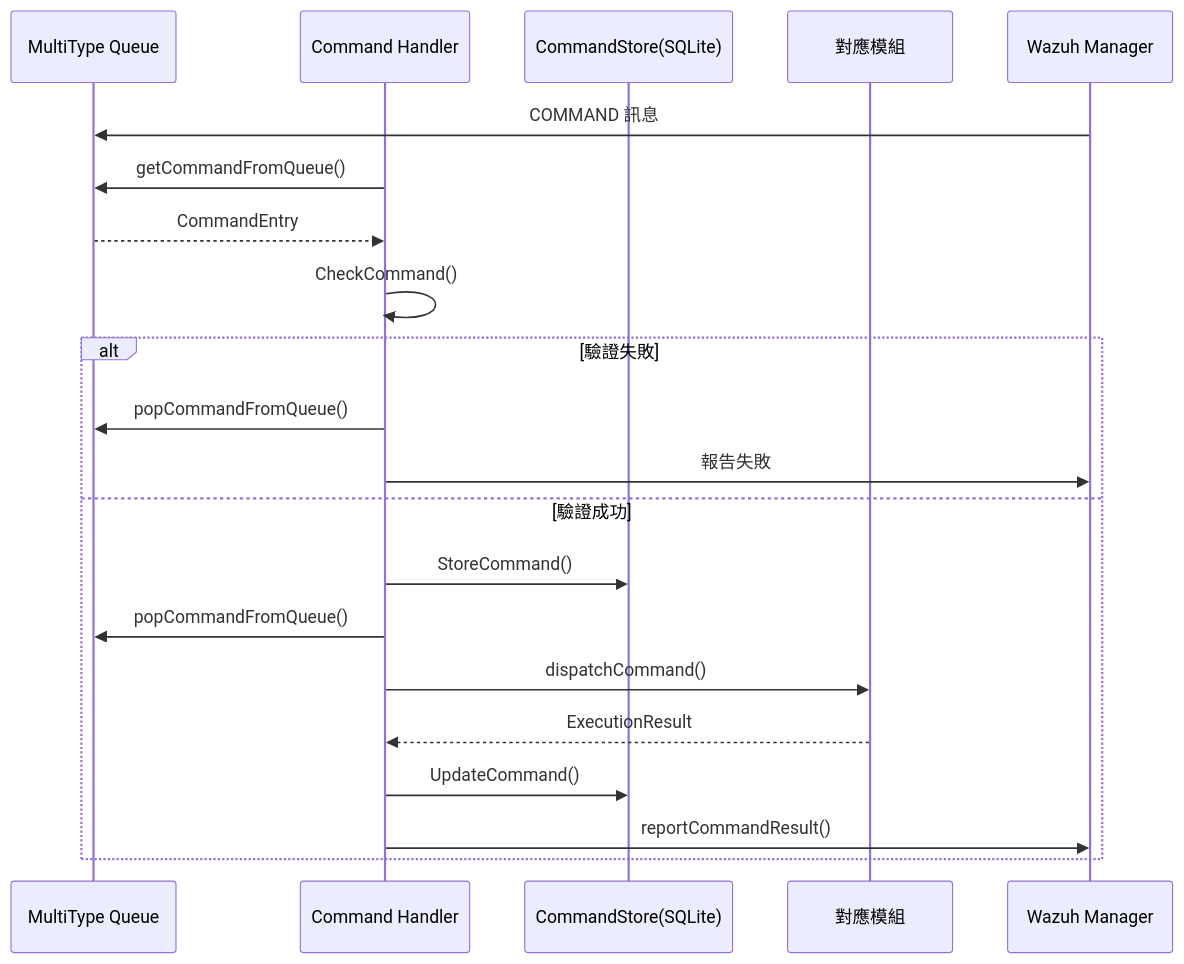
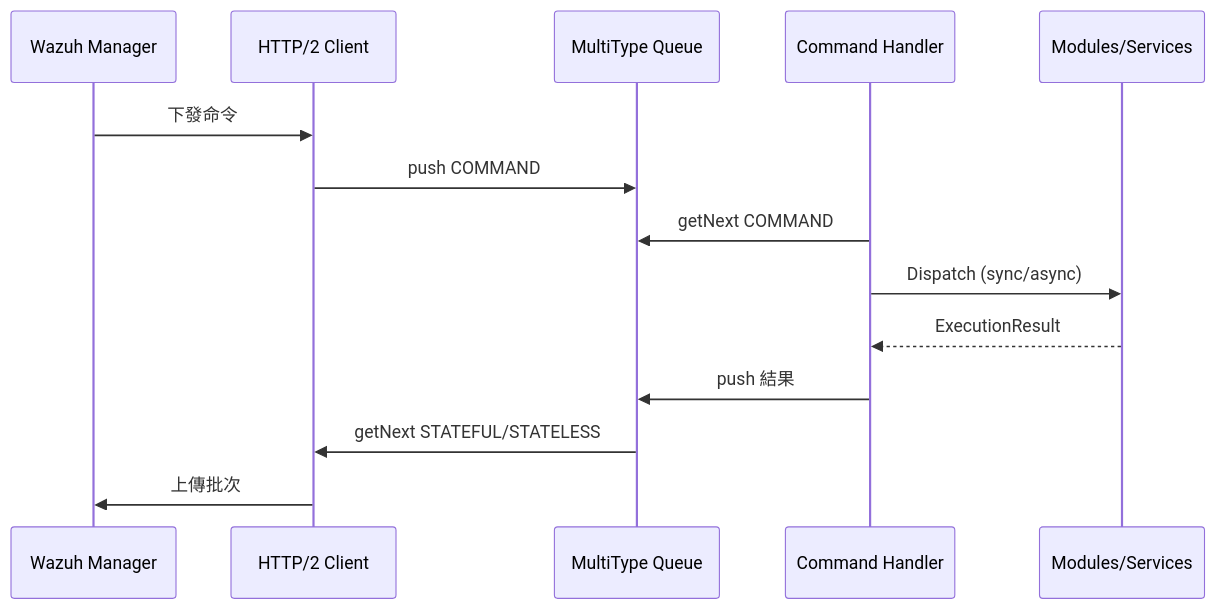
Before and after one commit to edhsu1984/wazuh-agent: the third of 3 diagrams in references/agent-core-core-components.md, drawn with Mermaid. The commit also changed other lines of this file and 3 other files, not shown here.

Commit message:
docs: refresh references for agent architecture

````diff
--- a/references/agent-core-core-components.md
+++ b/references/agent-core-core-components.md
@@ -124,24 +87,17 @@
 ```mermaid
 sequenceDiagram
+    participant Manager as Wazuh Manager
+    participant Client as HTTP/2 Client
     participant Queue as MultiType Queue
-    participant Handler as Command Handler
-    participant Store as CommandStore(SQLite)
-    participant Executor as 對應模組
-    participant Manager as Wazuh Manager
+    participant Cmd as Command Handler
+    participant Module as Modules/Services
 
-    Manager->>Queue: COMMAND 訊息
-    Handler->>Queue: getCommandFromQueue()
-    Queue-->>Handler: CommandEntry
-    Handler->>Handler: CheckCommand()
-    alt 驗證失敗
-        Handler->>Queue: popCommandFromQueue()
-        Handler->>Manager: 報告失敗
-    else 驗證成功
-        Handler->>Store: StoreCommand()
-        Handler->>Queue: popCommandFromQueue()
-        Handler->>Executor: dispatchCommand()
-        Executor-->>Handler: ExecutionResult
-        Handler->>Store: UpdateCommand()
-        Handler->>Manager: reportCommandResult()
-    end
+    Manager->>Client: 下發命令
+    Client->>Queue: push COMMAND
+    Cmd->>Queue: getNext COMMAND
+    Cmd->>Module: Dispatch (sync/async)
+    Module-->>Cmd: ExecutionResult
+    Cmd->>Queue: push 結果
+    Queue->>Client: getNext STATEFUL/STATELESS
+    Client->>Manager: 上傳批次
 ```
````
